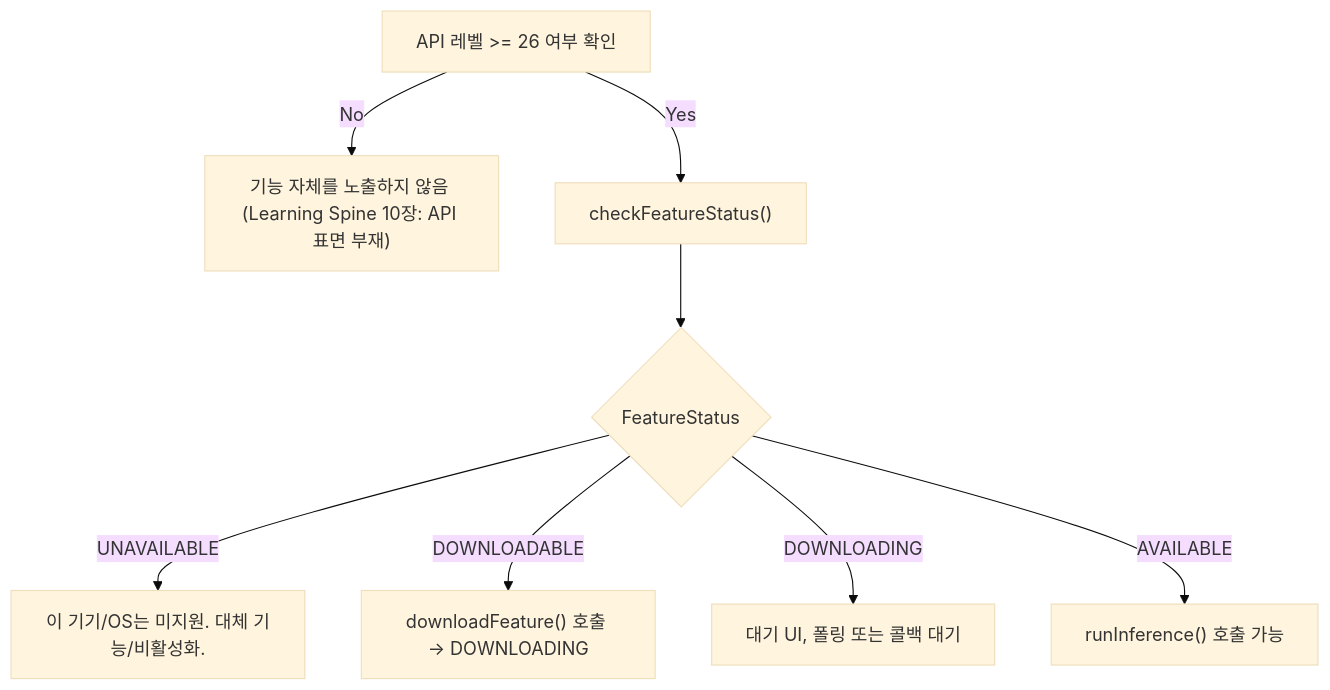
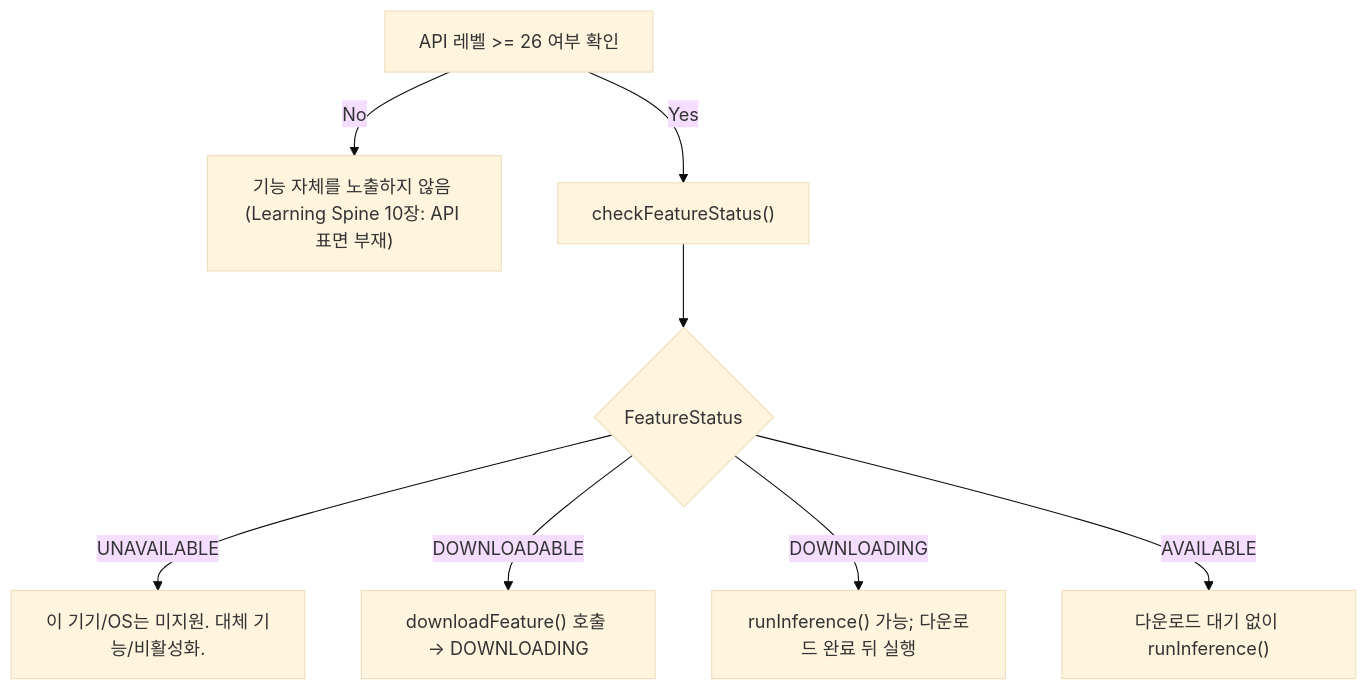
Before and after one commit to youngmin-gwon/what-i-studied: the diagram in 01_inbox/mobile/android/04_system_services/device-capabilities/on-device-ai-contracts/on-device-ai-feature-availability-must-be-checked-before-use.md, drawn with Mermaid (base theme). The commit also changed other lines of this file and 89 other files, not shown here.

````diff
--- a/01_inbox/mobile/android/04_system_services/device-capabilities/on-device-ai-contracts/on-device-ai-feature-availability-must-be-checked-before-use.md
+++ b/01_inbox/mobile/android/04_system_services/device-capabilities/on-device-ai-contracts/on-device-ai-feature-availability-must-be-checked-before-use.md
@@ -81,11 +77,11 @@
 ```mermaid
 flowchart TD
     A["API 레벨 >= 26 여부 확인"]
     A -->|"No"| B["기능 자체를 노출하지 않음 (Learning Spine 10장: API 표면 부재)"]
     A -->|"Yes"| C["checkFeatureStatus()"]
     C --> D{"FeatureStatus"}
     D -->|"UNAVAILABLE"| E["이 기기/OS는 미지원. 대체 기능/비활성화."]
     D -->|"DOWNLOADABLE"| F["downloadFeature() 호출 → DOWNLOADING"]
-    D -->|"DOWNLOADING"| G["대기 UI, 폴링 또는 콜백 대기"]
-    D -->|"AVAILABLE"| H["runInference() 호출 가능"]
+    D -->|"DOWNLOADING"| G["runInference() 가능; 다운로드 완료 뒤 실행"]
+    D -->|"AVAILABLE"| H["다운로드 대기 없이 runInference()"]
 ```
````
